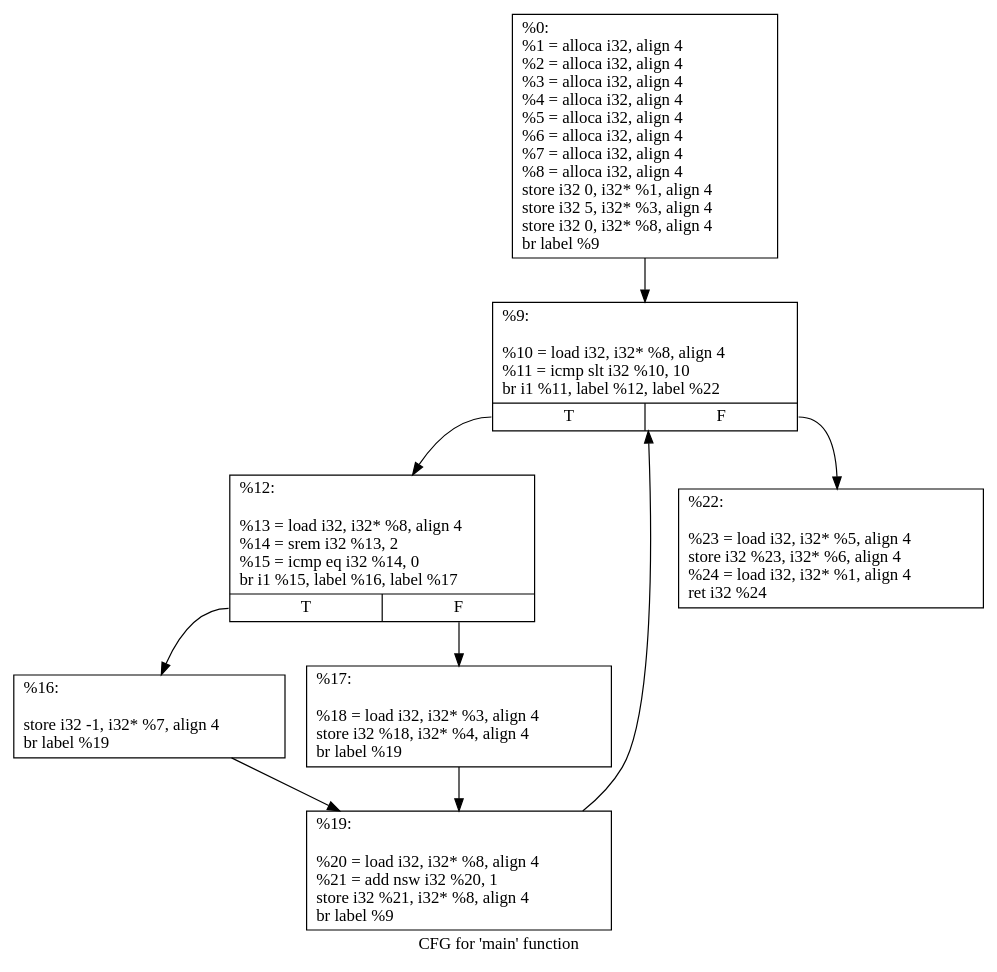
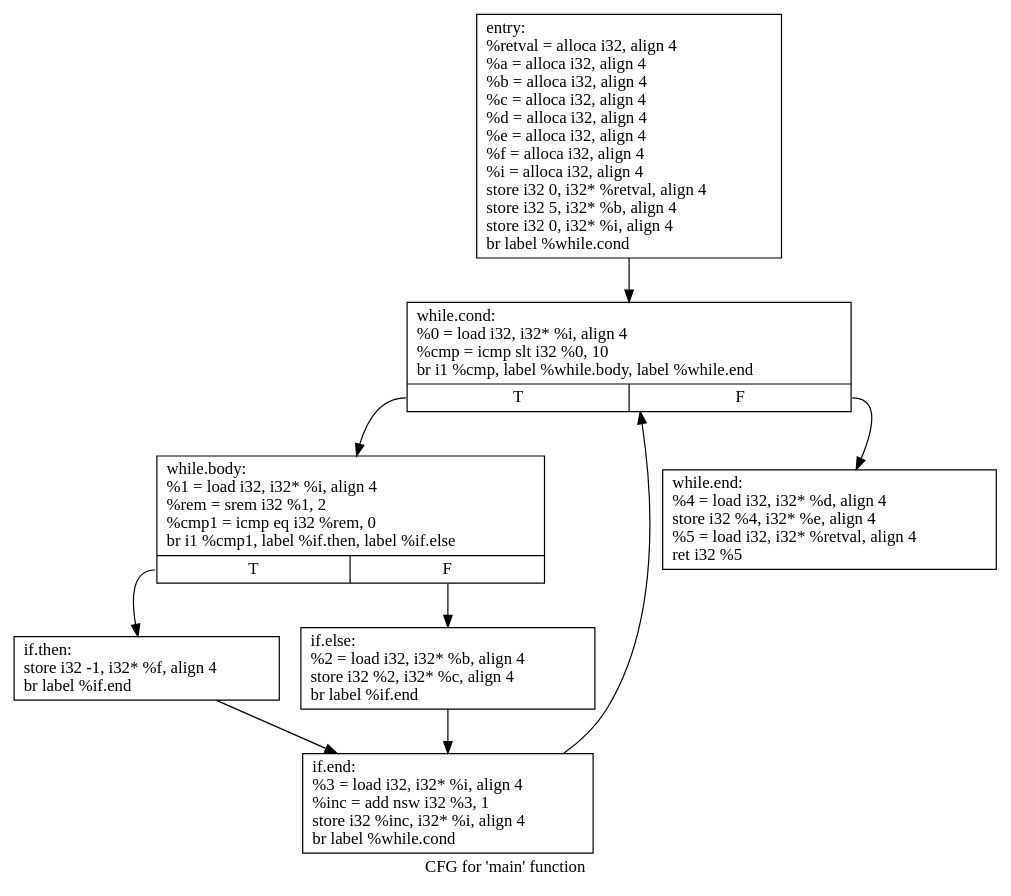
One commit to hjw95/program-analysis changed the diagram in graphs/assignment1-task3.dot. Above: the diagram before and after it, drawn with Graphviz. The commit also changed 18 other files, not shown here.

Commit message:
Add graph for assignment 2

```diff
--- a/graphs/assignment1-task3.dot
+++ b/graphs/assignment1-task3.dot
@@ -1,19 +1,19 @@
 digraph "CFG for 'main' function" {
 	label="CFG for 'main' function";
 
-	Node0x5608c8dda920 [shape=record,label="{%0:\l  %1 = alloca i32, align 4\l  %2 = alloca i32, align 4\l  %3 = alloca i32, align 4\l  %4 = alloca i32, align 4\l  %5 = alloca i32, align 4\l  %6 = alloca i32, align 4\l  %7 = alloca i32, align 4\l  %8 = alloca i32, align 4\l  store i32 0, i32* %1, align 4\l  store i32 5, i32* %3, align 4\l  store i32 0, i32* %8, align 4\l  br label %9\l}"];
-	Node0x5608c8dda920 -> Node0x5608c8ddb1c0;
-	Node0x5608c8ddb1c0 [shape=record,label="{%9:\l\l  %10 = load i32, i32* %8, align 4\l  %11 = icmp slt i32 %10, 10\l  br i1 %11, label %12, label %22\l|{<s0>T|<s1>F}}"];
-	Node0x5608c8ddb1c0:s0 -> Node0x5608c8ddb6a0;
-	Node0x5608c8ddb1c0:s1 -> Node0x5608c8ddb6f0;
-	Node0x5608c8ddb6a0 [shape=record,label="{%12:\l\l  %13 = load i32, i32* %8, align 4\l  %14 = srem i32 %13, 2\l  %15 = icmp eq i32 %14, 0\l  br i1 %15, label %16, label %17\l|{<s0>T|<s1>F}}"];
-	Node0x5608c8ddb6a0:s0 -> Node0x5608c8ddb8f0;
-	Node0x5608c8ddb6a0:s1 -> Node0x5608c8ddb940;
-	Node0x5608c8ddb8f0 [shape=record,label="{%16:\l\l  store i32 -1, i32* %7, align 4\l  br label %19\l}"];
-	Node0x5608c8ddb8f0 -> Node0x5608c8ddba80;
-	Node0x5608c8ddb940 [shape=record,label="{%17:\l\l  %18 = load i32, i32* %3, align 4\l  store i32 %18, i32* %4, align 4\l  br label %19\l}"];
-	Node0x5608c8ddb940 -> Node0x5608c8ddba80;
-	Node0x5608c8ddba80 [shape=record,label="{%19:\l\l  %20 = load i32, i32* %8, align 4\l  %21 = add nsw i32 %20, 1\l  store i32 %21, i32* %8, align 4\l  br label %9\l}"];
-	Node0x5608c8ddba80 -> Node0x5608c8ddb1c0;
-	Node0x5608c8ddb6f0 [shape=record,label="{%22:\l\l  %23 = load i32, i32* %5, align 4\l  store i32 %23, i32* %6, align 4\l  %24 = load i32, i32* %1, align 4\l  ret i32 %24\l}"];
+	Node0x5617cef8b9a0 [shape=record,label="{entry:\l  %retval = alloca i32, align 4\l  %a = alloca i32, align 4\l  %b = alloca i32, align 4\l  %c = alloca i32, align 4\l  %d = alloca i32, align 4\l  %e = alloca i32, align 4\l  %f = alloca i32, align 4\l  %i = alloca i32, align 4\l  store i32 0, i32* %retval, align 4\l  store i32 5, i32* %b, align 4\l  store i32 0, i32* %i, align 4\l  br label %while.cond\l}"];
+	Node0x5617cef8b9a0 -> Node0x5617cef8c6f0;
+	Node0x5617cef8c6f0 [shape=record,label="{while.cond:                                       \l  %0 = load i32, i32* %i, align 4\l  %cmp = icmp slt i32 %0, 10\l  br i1 %cmp, label %while.body, label %while.end\l|{<s0>T|<s1>F}}"];
+	Node0x5617cef8c6f0:s0 -> Node0x5617cef8c910;
+	Node0x5617cef8c6f0:s1 -> Node0x5617cef8c9f0;
+	Node0x5617cef8c910 [shape=record,label="{while.body:                                       \l  %1 = load i32, i32* %i, align 4\l  %rem = srem i32 %1, 2\l  %cmp1 = icmp eq i32 %rem, 0\l  br i1 %cmp1, label %if.then, label %if.else\l|{<s0>T|<s1>F}}"];
+	Node0x5617cef8c910:s0 -> Node0x5617cef8cdc0;
+	Node0x5617cef8c910:s1 -> Node0x5617cef8ce90;
+	Node0x5617cef8cdc0 [shape=record,label="{if.then:                                          \l  store i32 -1, i32* %f, align 4\l  br label %if.end\l}"];
+	Node0x5617cef8cdc0 -> Node0x5617cef8d010;
+	Node0x5617cef8ce90 [shape=record,label="{if.else:                                          \l  %2 = load i32, i32* %b, align 4\l  store i32 %2, i32* %c, align 4\l  br label %if.end\l}"];
+	Node0x5617cef8ce90 -> Node0x5617cef8d010;
+	Node0x5617cef8d010 [shape=record,label="{if.end:                                           \l  %3 = load i32, i32* %i, align 4\l  %inc = add nsw i32 %3, 1\l  store i32 %inc, i32* %i, align 4\l  br label %while.cond\l}"];
+	Node0x5617cef8d010 -> Node0x5617cef8c6f0;
+	Node0x5617cef8c9f0 [shape=record,label="{while.end:                                        \l  %4 = load i32, i32* %d, align 4\l  store i32 %4, i32* %e, align 4\l  %5 = load i32, i32* %retval, align 4\l  ret i32 %5\l}"];
 }
```
